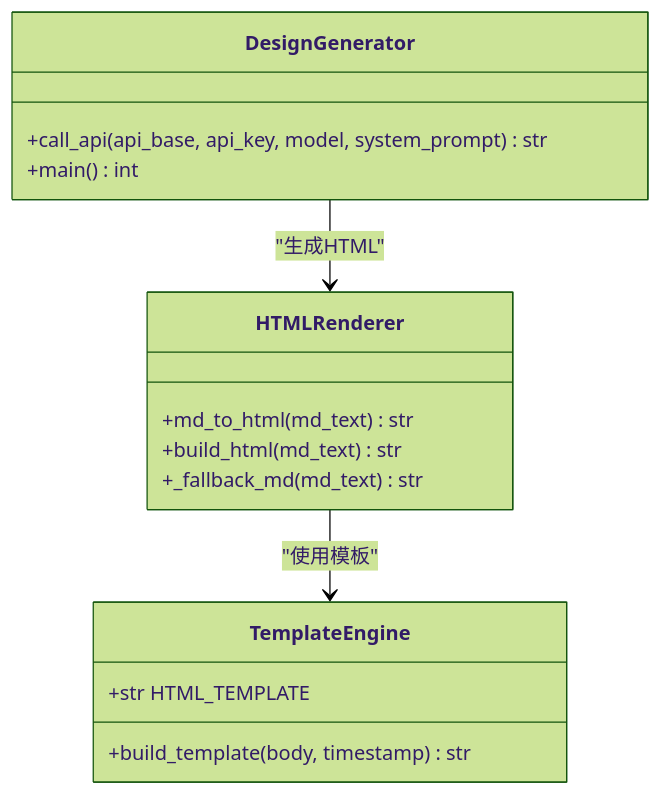
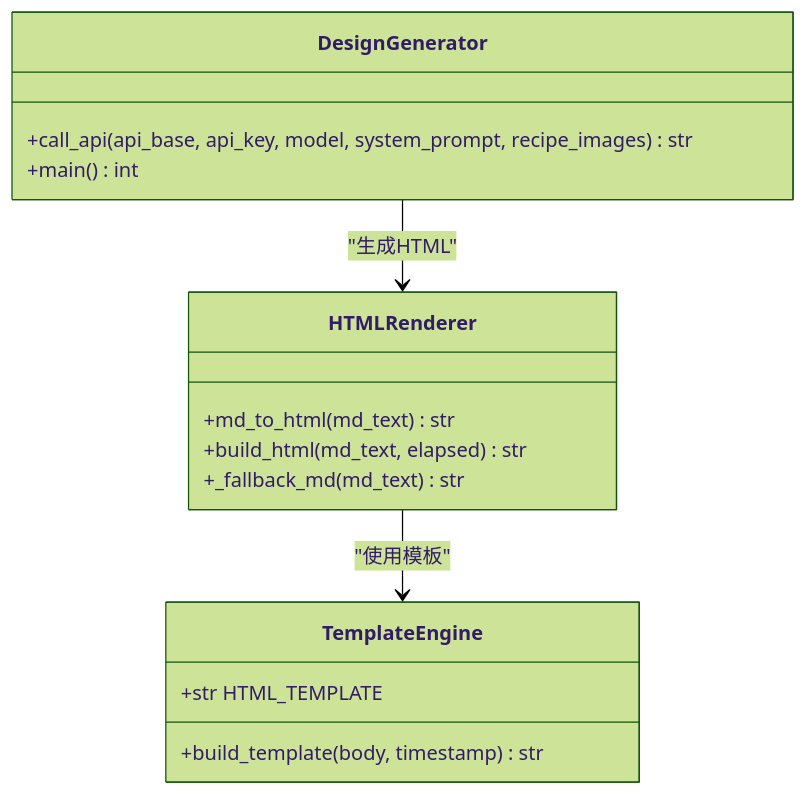
The eighth of 14 diagrams in .qoder/repowiki/zh/content/核心模块详解/核心模块详解.md (WongMingJiu/landingpage-test-hero-page), drawn with Mermaid (forest theme) before and after one commit. The commit also changed other lines of this file and 6 other files, not shown here.

````diff
--- a/.qoder/repowiki/zh/content/核心模块详解/核心模块详解.md
+++ b/.qoder/repowiki/zh/content/核心模块详解/核心模块详解.md
@@ -262,18 +292,18 @@
 ```mermaid
 classDiagram
 class HTMLRenderer {
 +md_to_html(md_text) str
-+build_html(md_text) str
++build_html(md_text, elapsed) str
 +_fallback_md(md_text) str
 }
 class TemplateEngine {
 +str HTML_TEMPLATE
 +build_template(body, timestamp) str
 }
 class DesignGenerator {
-+call_api(api_base, api_key, model, system_prompt) str
++call_api(api_base, api_key, model, system_prompt, recipe_images) str
 +main() int
 }
 HTMLRenderer --> TemplateEngine : "使用模板"
 DesignGenerator --> HTMLRenderer : "生成HTML"
 ```
````
